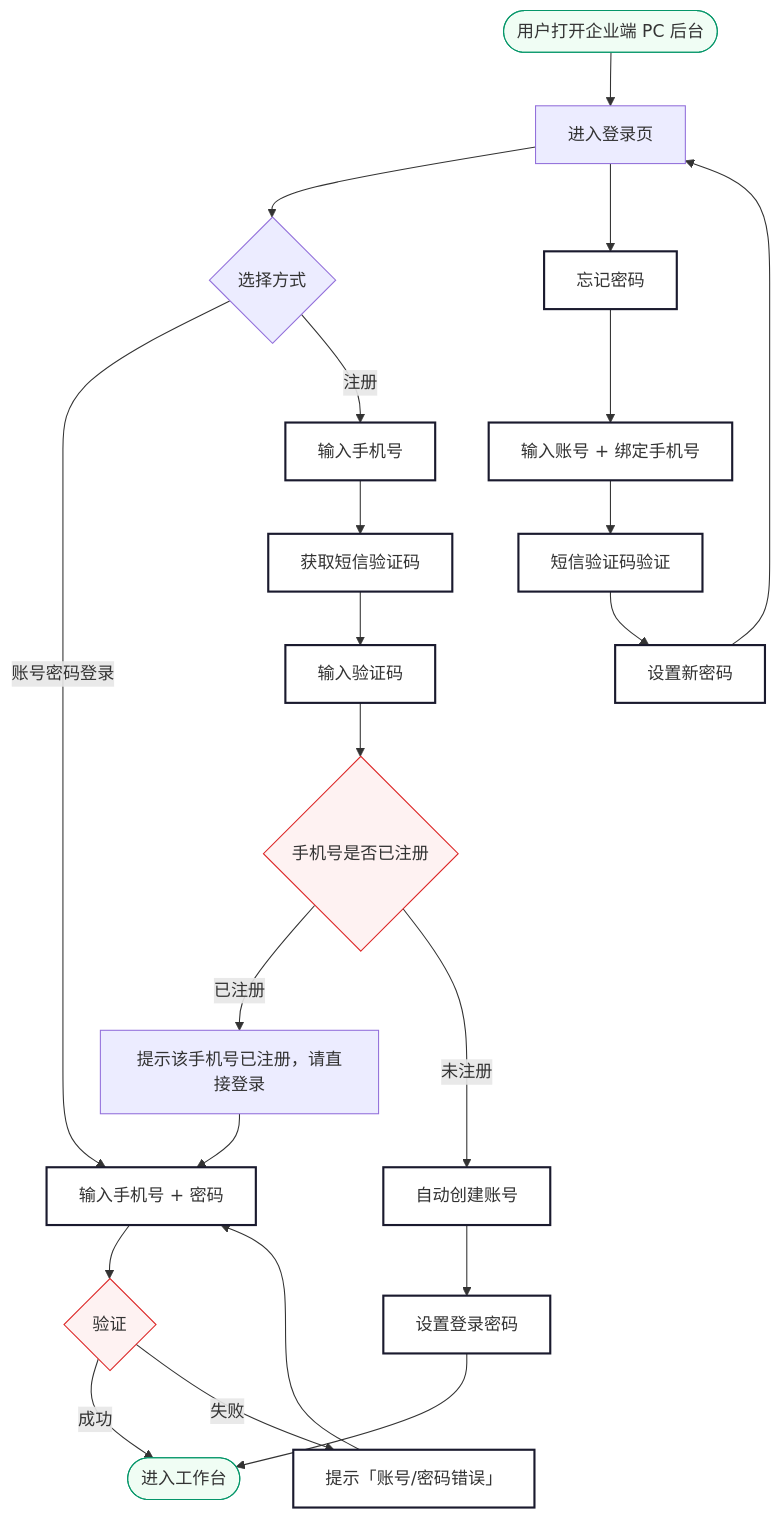
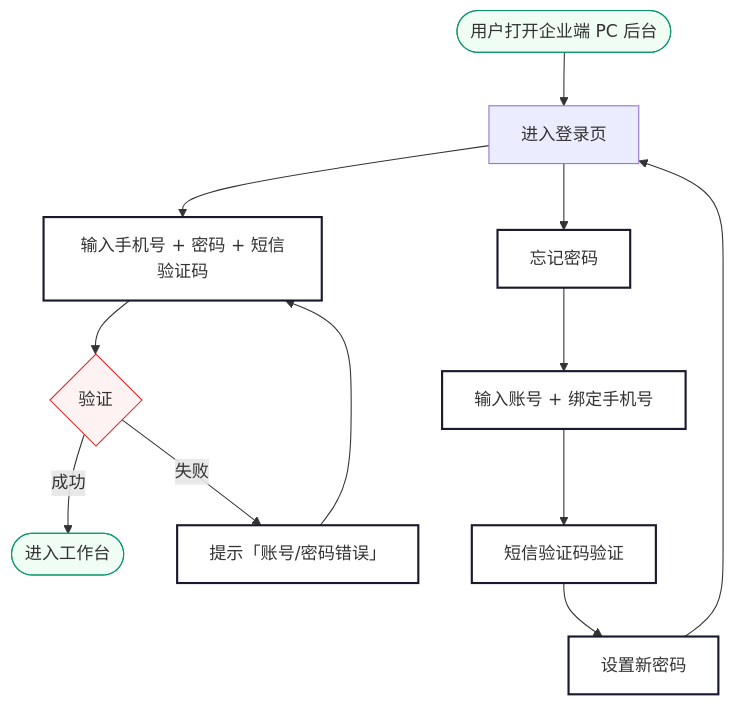
The first of 2 diagrams in 企业端需求规格说明.md (klayhuzhenx/zunchuxing), drawn with Mermaid before and after one commit. The commit also changed other lines of this file and 237 other files, not shown here.

````diff
--- a/企业端需求规格说明.md
+++ b/企业端需求规格说明.md
@@ -51,31 +47,21 @@
 ```mermaid
 graph TD
     A(["用户打开企业端 PC 后台"]) --> B["进入登录页"]
-    B --> C{"选择方式"}
-    C --> |账号密码登录| D["输入手机号 + 密码"]
+    B --> D["输入手机号 + 密码 + 短信验证码"]
     D --> E{"验证"}
     E --> |成功| F(["进入工作台"])
     E --> |失败| G["提示「账号/密码错误」"]
     G --> D
-    C --> |注册| H["输入手机号"]
-    H --> I["获取短信验证码"]
-    I --> J["输入验证码"]
-    J --> K{"手机号是否已注册"}
-    K --> |已注册| L["提示该手机号已注册，请直接登录"]
-    L --> D
-    K --> |未注册| M["自动创建账号"]
-    M --> N["设置登录密码"]
-    N --> F
     B --> R["忘记密码"]
     R --> S["输入账号 + 绑定手机号"]
     S --> T["短信验证码验证"]
     T --> U["设置新密码"]
     U --> B
 
     classDef step fill:#fff,stroke:#1a1a2e,stroke-width:2px
     classDef terminal fill:#f0fdf4,stroke:#059669
     classDef warn fill:#fef2f2,stroke:#dc2626
-    class D,G,H,I,J,M,N,R,S,T,U step
+    class D,G,R,S,T,U step
     class A,F terminal
-    class E,K warn
+    class E warn
 ```
````
